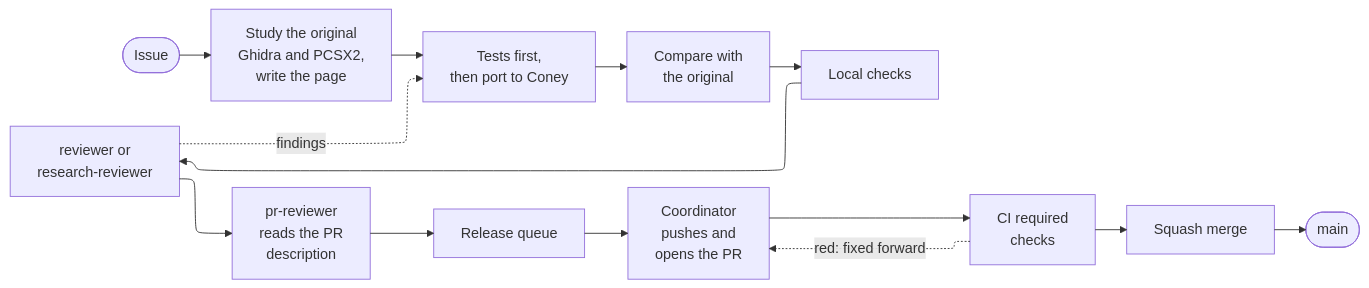
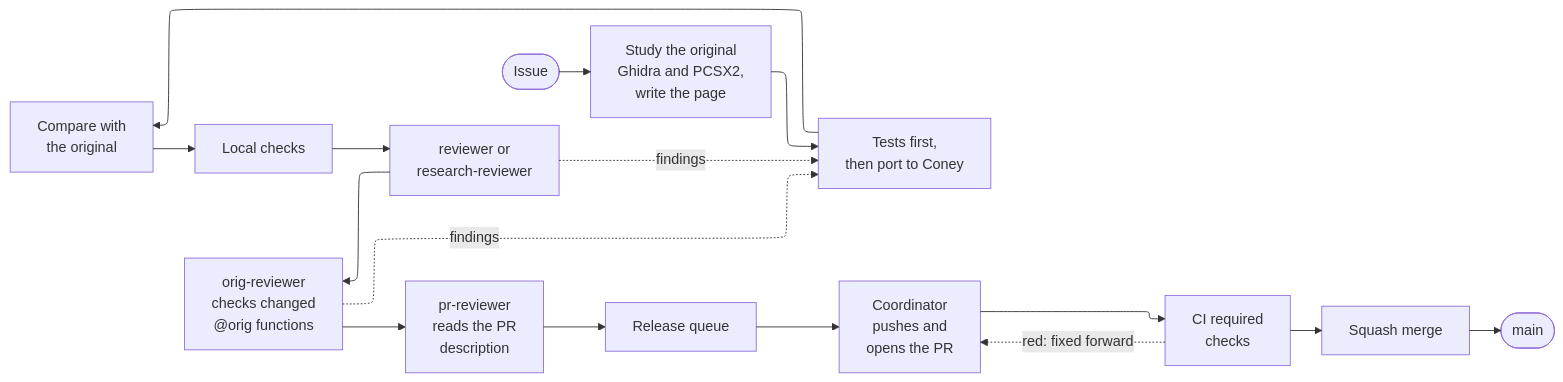
One commit to Ryubara/coney changed the first of 3 diagrams in docs/guides/how-we-work.md. Above: the diagram before and after it, drawn with Mermaid. The commit also changed other lines of this file and 22 other files, not shown here.

First line of the commit message:
tools: Add the orig review of ported functions against the original (#715)

````diff
--- a/docs/guides/how-we-work.md
+++ b/docs/guides/how-we-work.md
@@ -14,20 +14,22 @@
 ```mermaid
 ---
 config:
   layout: elk
 ---
 flowchart LR
   issue(["Issue"]) --> study["Study the original<br/>Ghidra and PCSX2,<br/>write the page"]
   study --> port["Tests first,<br/>then port to Coney"]
   port --> compare["Compare with<br/>the original"]
   compare --> local["Local checks"]
   local --> code["reviewer or<br/>research-reviewer"]
-  code --> desc["pr-reviewer<br/>reads the PR<br/>description"]
+  code --> orig["orig-reviewer<br/>checks changed<br/>@orig functions"]
+  orig --> desc["pr-reviewer<br/>reads the PR<br/>description"]
   desc --> queue["Release queue"]
   queue --> push["Coordinator<br/>pushes and<br/>opens the PR"]
   push --> ci["CI required<br/>checks"]
   ci --> merge["Squash merge"]
   merge --> main(["main"])
   code -. "findings" .-> port
+  orig -. "findings" .-> port
   ci -. "red: fixed forward" .-> push
 ```
````
